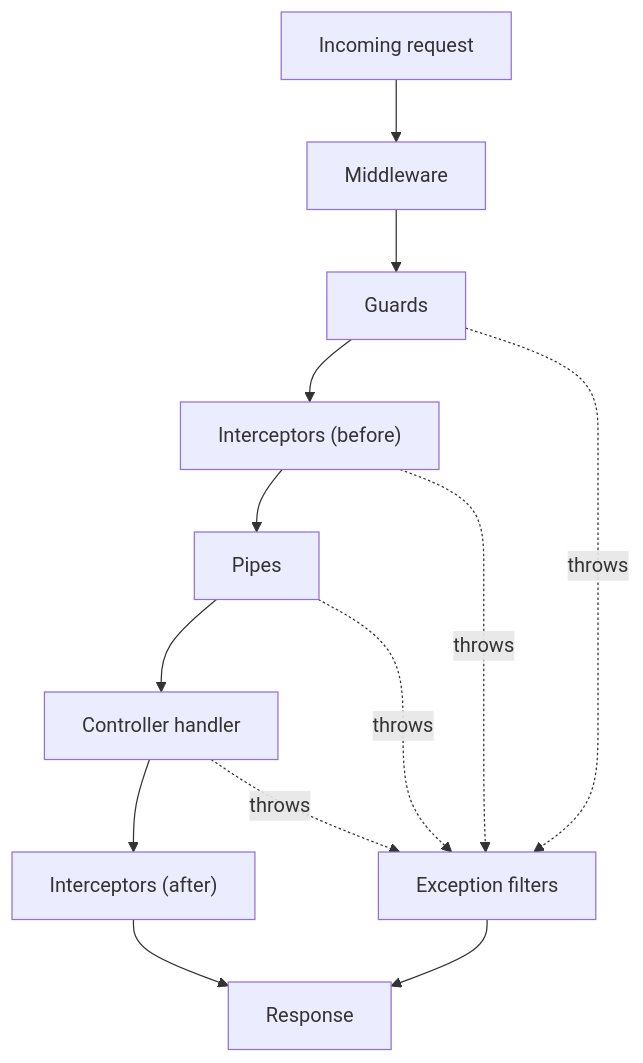
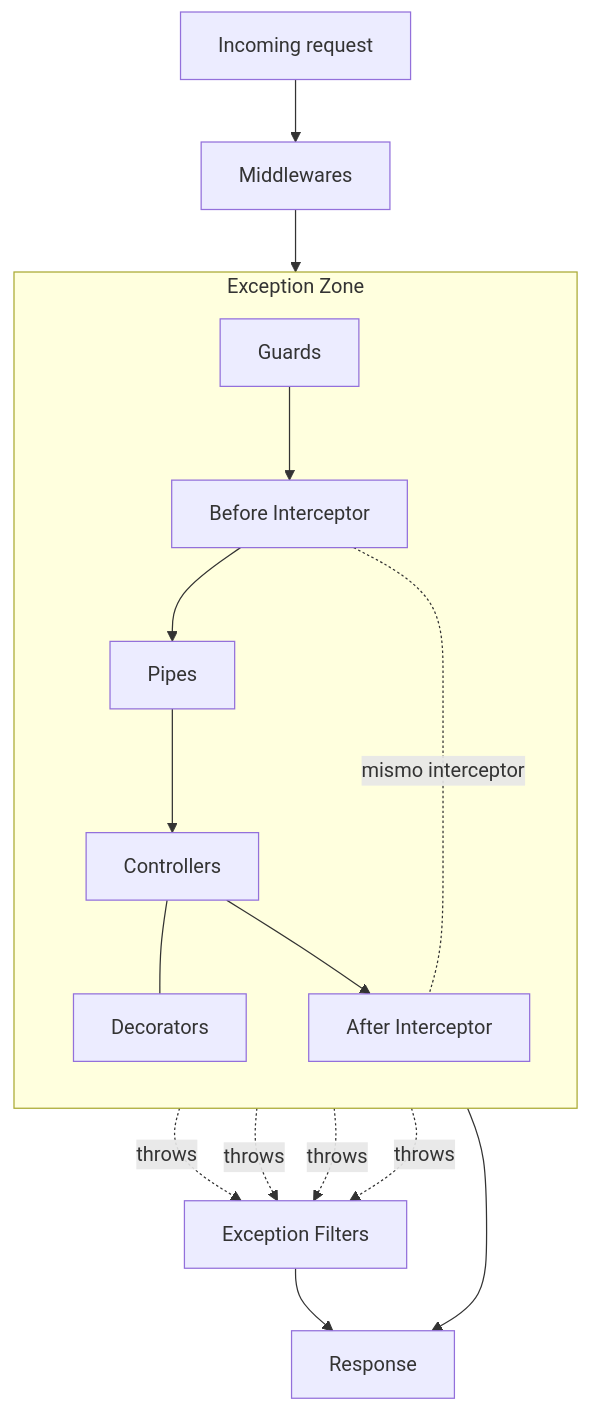
The diagram in content/nestjs/fundamentals/request-lifecycle.md (LOsioChico/knowledge-base), drawn with Mermaid before and after one commit.

Commit message:
docs: mirror cheatsheet — Exception Zone subgraph, mismo interceptor, decorators branch

````diff
--- a/content/nestjs/fundamentals/request-lifecycle.md
+++ b/content/nestjs/fundamentals/request-lifecycle.md
@@ -22,15 +22,20 @@
 ```mermaid
 flowchart TD
-    A[Incoming request] --> B[Middleware]
-    B --> C[Guards]
-    C --> D["Interceptors (before)"]
-    D --> E[Pipes]
-    E --> F[Controller handler]
-    F --> G["Interceptors (after)"]
-    G --> H[Response]
-    C -.throws.-> I[Exception filters]
-    D -.throws.-> I
-    E -.throws.-> I
-    F -.throws.-> I
-    I --> H
+    A[Incoming request] --> M[Middlewares]
+    M --> EZ
+    subgraph EZ [Exception Zone]
+        direction TB
+        G[Guards] --> BI[Before Interceptor]
+        BI --> P[Pipes]
+        P --> C[Controllers]
+        C --- D[Decorators]
+        C --> AI[After Interceptor]
+    end
+    BI -. mismo interceptor .- AI
+    AI --> R[Response]
+    G -.throws.-> EF[Exception Filters]
+    BI -.throws.-> EF
+    P -.throws.-> EF
+    C -.throws.-> EF
+    EF --> R
 ```
````
